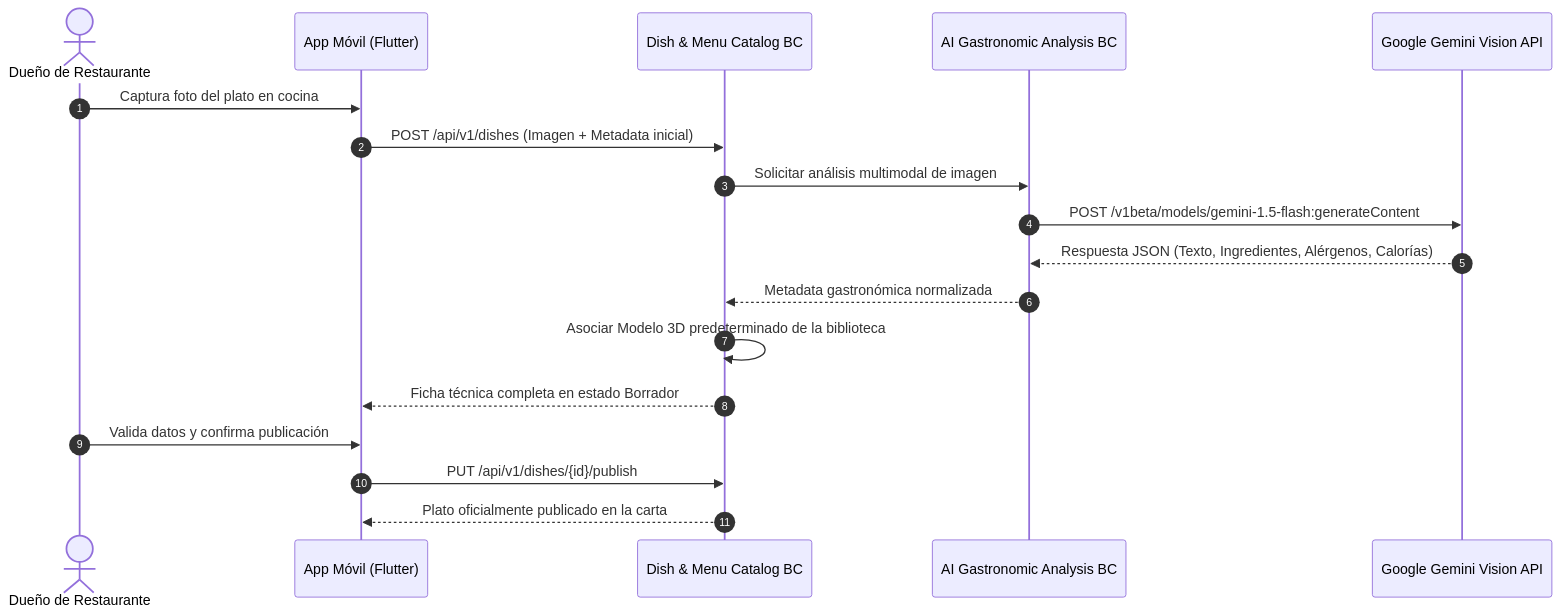
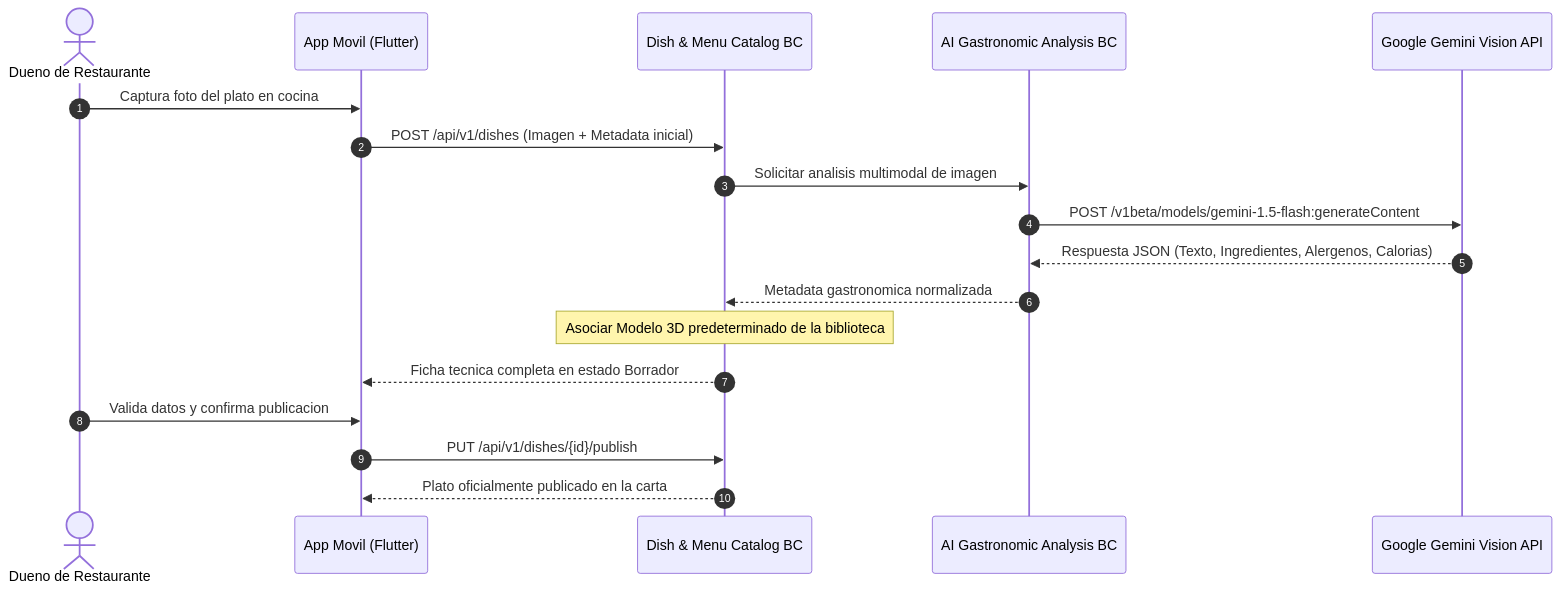
The third of 9 diagrams in README.md (upc-pre-1ASI0728-2620-9046-Platter/platter-report), drawn with Mermaid before and after one commit.

Commit message:
Update sequence diagram terminology in README

````diff
--- a/README.md
+++ b/README.md
@@ -411,21 +411,21 @@
 ```mermaid
 sequenceDiagram
     autonumber
-    actor Dueño as Dueño de Restaurante
-    participant App as App Móvil (Flutter)
+    actor Owner as Dueno de Restaurante
+    participant App as App Movil (Flutter)
     participant Catalog as Dish & Menu Catalog BC
     participant AI as AI Gastronomic Analysis BC
     participant Gemini as Google Gemini Vision API
 
-    Dueño->>App: Captura foto del plato en cocina
+    Owner->>App: Captura foto del plato en cocina
     App->>Catalog: POST /api/v1/dishes (Imagen + Metadata inicial)
-    Catalog->>AI: Solicitar análisis multimodal de imagen
+    Catalog->>AI: Solicitar analisis multimodal de imagen
     AI->>Gemini: POST /v1beta/models/gemini-1.5-flash:generateContent
-    Gemini-->>AI: Respuesta JSON (Texto, Ingredientes, Alérgenos, Calorías)
-    AI-->>Catalog: Metadata gastronómica normalizada
-    Catalog->>Catalog: Asociar Modelo 3D predeterminado de la biblioteca
-    Catalog-->>App: Ficha técnica completa en estado Borrador
-    Dueño->>App: Valida datos y confirma publicación
+    Gemini-->>AI: Respuesta JSON (Texto, Ingredientes, Alergenos, Calorias)
+    AI-->>Catalog: Metadata gastronomica normalizada
+    Note over Catalog: Asociar Modelo 3D predeterminado de la biblioteca
+    Catalog-->>App: Ficha tecnica completa en estado Borrador
+    Owner->>App: Valida datos y confirma publicacion
     App->>Catalog: PUT /api/v1/dishes/{id}/publish
     Catalog-->>App: Plato oficialmente publicado en la carta
 ```
````
